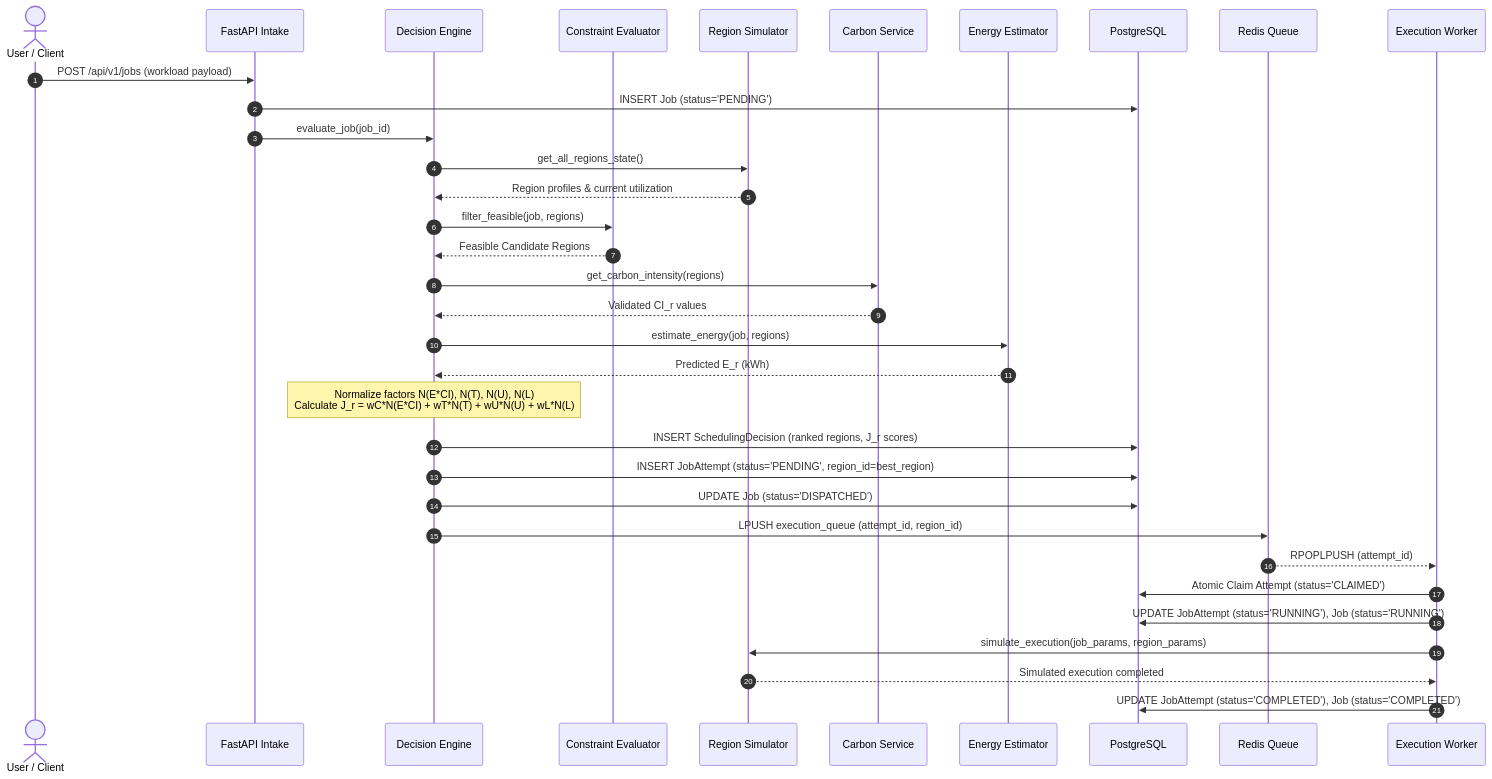
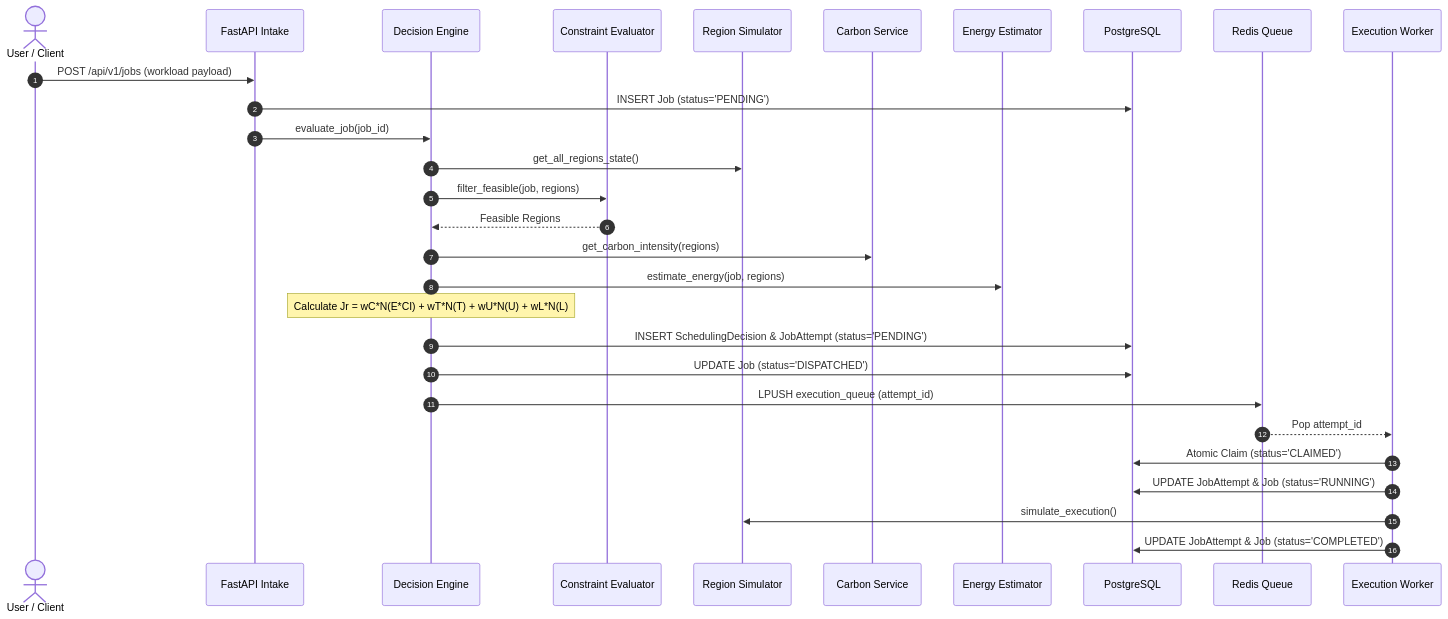
One commit to taneesh-kumar/Eco-Route changed the first of 5 diagrams in docs/architecture/reliability-architecture.md. Above: the diagram before and after it, drawn with Mermaid. The commit also changed other lines of this file and 6 other files, not shown here.

````diff
--- a/docs/architecture/reliability-architecture.md
+++ b/docs/architecture/reliability-architecture.md
@@ -32,45 +28,37 @@
 ```mermaid
 sequenceDiagram
     autonumber
     actor User as User / Client
     participant API as FastAPI Intake
     participant DE as Decision Engine
     participant CE as Constraint Evaluator
     participant RS as Region Simulator
     participant CS as Carbon Service
     participant EE as Energy Estimator
     participant DB as PostgreSQL
     participant Redis as Redis Queue
     participant Worker as Execution Worker
 
     User->>API: POST /api/v1/jobs (workload payload)
     API->>DB: INSERT Job (status='PENDING')
     API->>DE: evaluate_job(job_id)
     
     DE->>RS: get_all_regions_state()
-    RS-->>DE: Region profiles & current utilization
-    
     DE->>CE: filter_feasible(job, regions)
-    CE-->>DE: Feasible Candidate Regions
+    CE-->>DE: Feasible Regions
     
     DE->>CS: get_carbon_intensity(regions)
-    CS-->>DE: Validated CI_r values
+    DE->>EE: estimate_energy(job, regions)
     
-    DE->>EE: estimate_energy(job, regions)
-    EE-->>DE: Predicted E_r (kWh)
+    Note over DE: Calculate Jr = wC*N(E*CI) + wT*N(T) + wU*N(U) + wL*N(L)
     
-    Note over DE: Normalize factors N(E*CI), N(T), N(U), N(L)<br/>Calculate J_r = wC*N(E*CI) + wT*N(T) + wU*N(U) + wL*N(L)
+    DE->>DB: INSERT SchedulingDecision & JobAttempt (status='PENDING')
+    DE->>DB: UPDATE Job (status='DISPATCHED')
+    DE->>Redis: LPUSH execution_queue (attempt_id)
     
-    DE->>DB: INSERT SchedulingDecision (ranked regions, J_r scores)
-    DE->>DB: INSERT JobAttempt (status='PENDING', region_id=best_region)
-    DE->>DB: UPDATE Job (status='DISPATCHED')
-    
-    DE->>Redis: LPUSH execution_queue (attempt_id, region_id)
-    
-    Redis-->>Worker: RPOPLPUSH (attempt_id)
-    Worker->>DB: Atomic Claim Attempt (status='CLAIMED')
-    Worker->>DB: UPDATE JobAttempt (status='RUNNING'), Job (status='RUNNING')
-    Worker->>RS: simulate_execution(job_params, region_params)
-    RS-->>Worker: Simulated execution completed
-    Worker->>DB: UPDATE JobAttempt (status='COMPLETED'), Job (status='COMPLETED')
+    Redis-->>Worker: Pop attempt_id
+    Worker->>DB: Atomic Claim (status='CLAIMED')
+    Worker->>DB: UPDATE JobAttempt & Job (status='RUNNING')
+    Worker->>RS: simulate_execution()
+    Worker->>DB: UPDATE JobAttempt & Job (status='COMPLETED')
 ```
````
